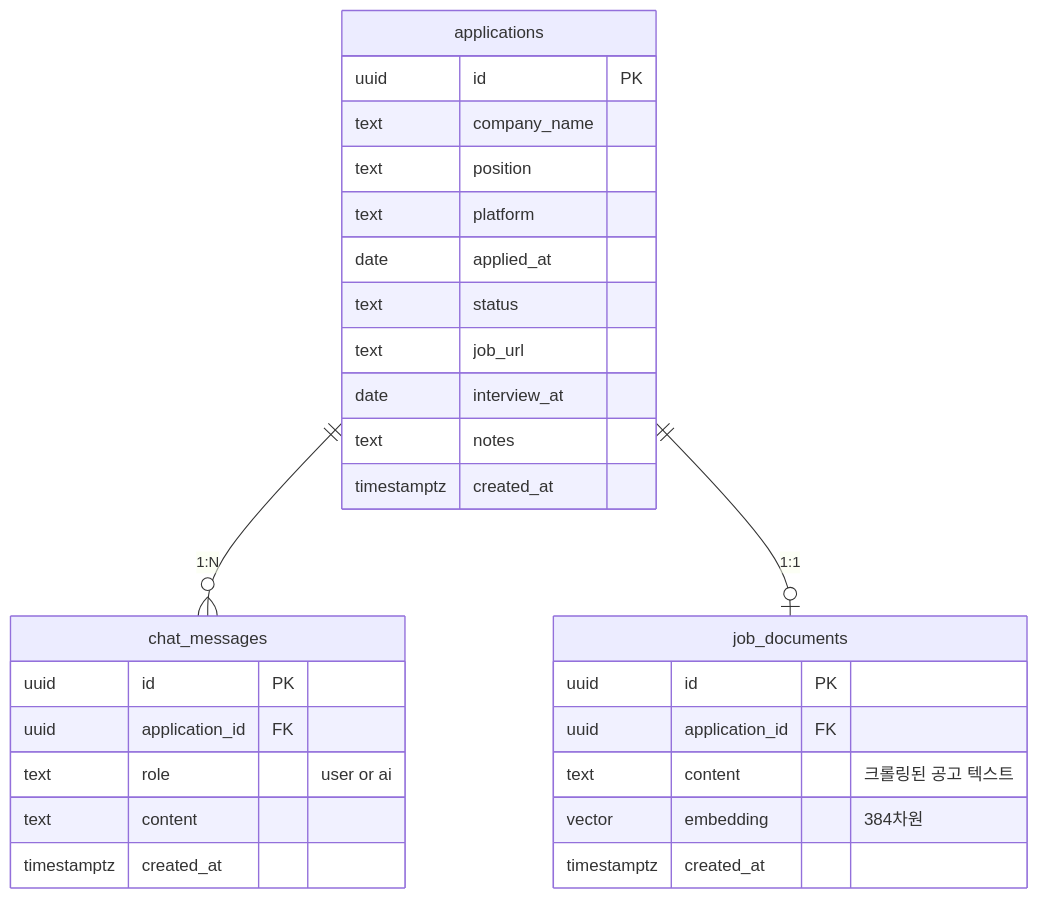
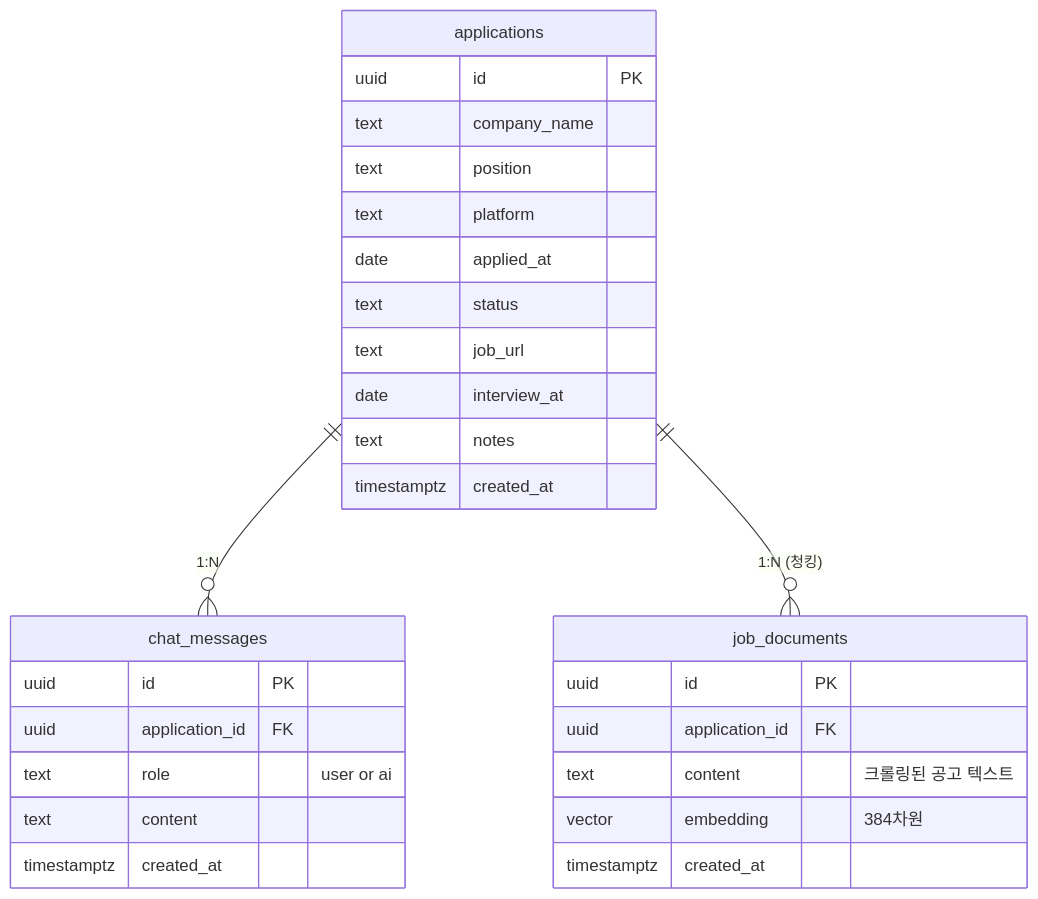
One commit to jjjuni-0818/job-tracker changed the first of 2 diagrams in README.md. Above: the diagram before and after it, drawn with Mermaid. The commit also changed other lines of this file and 1 other file, not shown here.

````diff
--- a/README.md
+++ b/README.md
@@ -47,32 +47,32 @@
 ```mermaid
 erDiagram
     applications {
         uuid id PK
         text company_name
         text position
         text platform
         date applied_at
         text status
         text job_url
         date interview_at
         text notes
         timestamptz created_at
     }
     chat_messages {
         uuid id PK
         uuid application_id FK
         text role "user or ai"
         text content
         timestamptz created_at
     }
     job_documents {
         uuid id PK
         uuid application_id FK
         text content "크롤링된 공고 텍스트"
         vector embedding "384차원"
         timestamptz created_at
     }
 
     applications ||--o{ chat_messages : "1:N"
-    applications ||--o| job_documents : "1:1"
+    applications ||--o{ job_documents : "1:N (청킹)"
 ```
````
